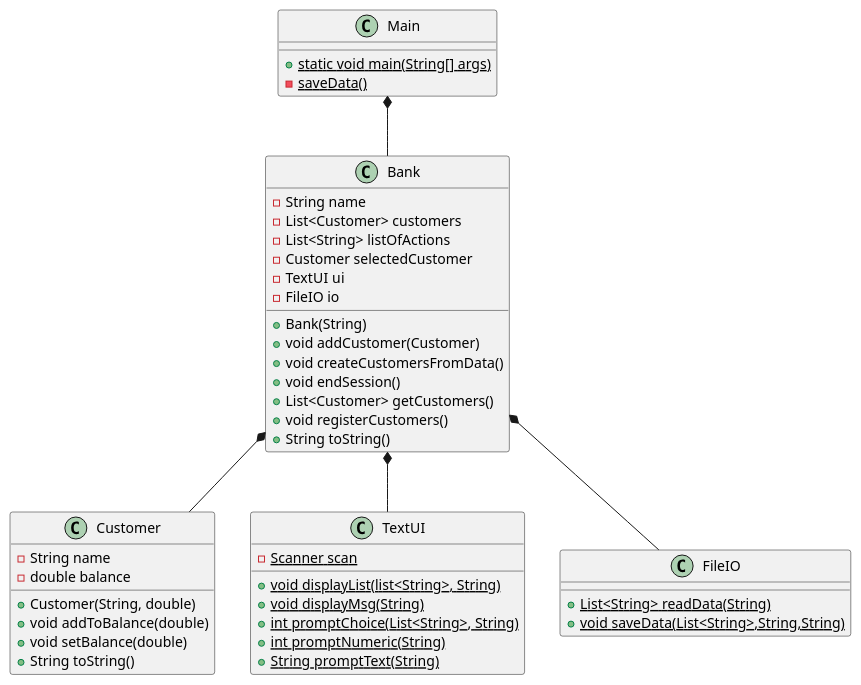
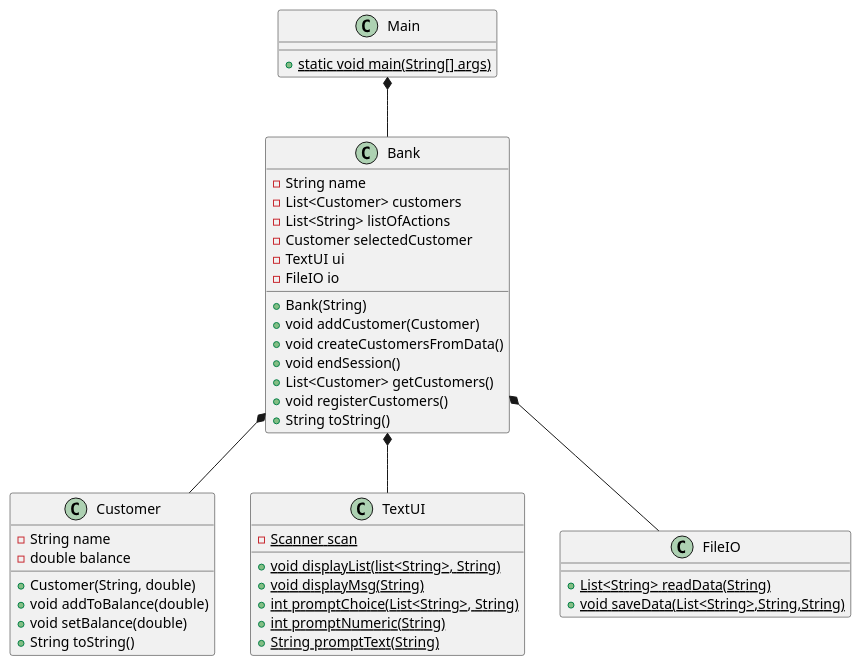
Before and after one commit to Dat1Cphbusiness/MonopolyE24: the diagram in doc/classdiagram.puml, drawn with PlantUML.

Commit message:
removed saveData method

```diff
--- a/doc/classdiagram.puml
+++ b/doc/classdiagram.puml
@@ -1,54 +1,54 @@
 @startuml
 class Main{
  {static}+ static void main(String[] args)
- {static}- saveData()
+
 }
 
 class Bank{
  - String name
  - List<Customer> customers
  - List<String> listOfActions
  - Customer selectedCustomer
  - TextUI ui
  - FileIO io
 
  + Bank(String)
  + void addCustomer(Customer)
  + void createCustomersFromData()
  + void endSession()
  + List<Customer> getCustomers()
  + void registerCustomers()
  + String toString()
 }
 
 class Customer{
  - String name
  - double balance
  + Customer(String, double)
  + void addToBalance(double)
  + void setBalance(double)
  + String toString()
 
 }
 
 class TextUI{
  {static}- Scanner scan
  {static}+ void displayList(list<String>, String)
  {static}+ void displayMsg(String)
  {static}+ int promptChoice(List<String>, String)
  {static}+int promptNumeric(String)
  {static}+ String promptText(String)
 
 }
 class FileIO{
 {static}+List<String> readData(String)
 {static}+void saveData(List<String>,String,String)
 }
 
 
 Main *-- Bank
 Bank *-- Customer
 Bank *-- TextUI
 Bank *-- FileIO
 
 @enduml
```
